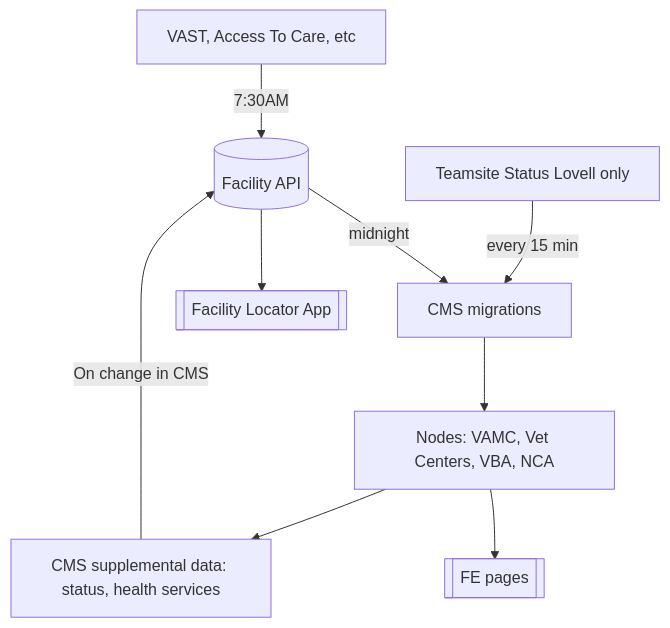
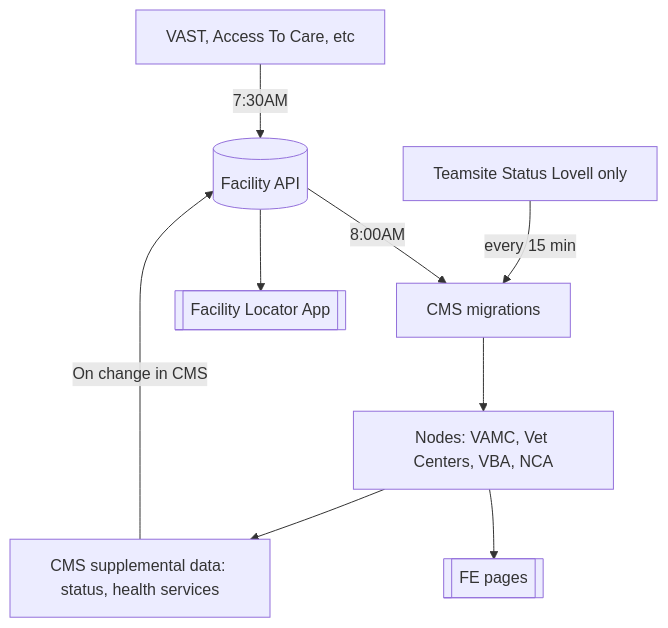
The diagram in READMES/migrations-facility.md (department-of-veterans-affairs/va.gov-cms), drawn with Mermaid before and after one commit. The commit also changed other lines of this file and 1 other file, not shown here.

Commit message:
VACMS-9395 Change facility migration timing.

````diff
--- a/READMES/migrations-facility.md
+++ b/READMES/migrations-facility.md
@@ -13,11 +13,11 @@
 ```mermaid
   graph TD;
     vast[VAST, Access To Care, etc]-- 7:30AM -->fapi;
-    fapi[(Facility API)]-- midnight -->migrations[CMS migrations];
+    fapi[(Facility API)]-- 8:00AM -->migrations[CMS migrations];
     fapi-->fl[[Facility Locator App]];
     teamsite[Teamsite Status Lovell only]-- every 15 min -->migrations;
     migrations-->nodes[Nodes: VAMC, Vet Centers, VBA, NCA];
     nodes-->FE[[FE pages]];
     nodes-->data
     data[CMS supplemental data: status, health services] -- On change in CMS -->fapi;
 ```
````
